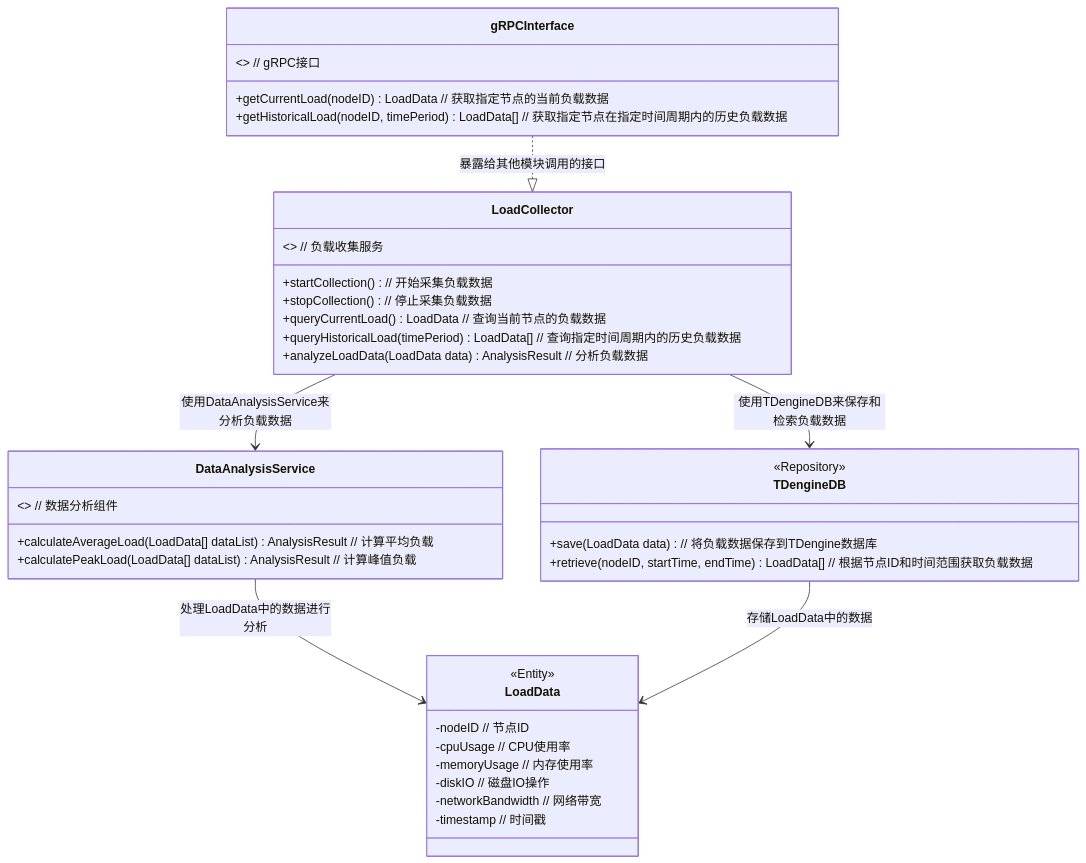
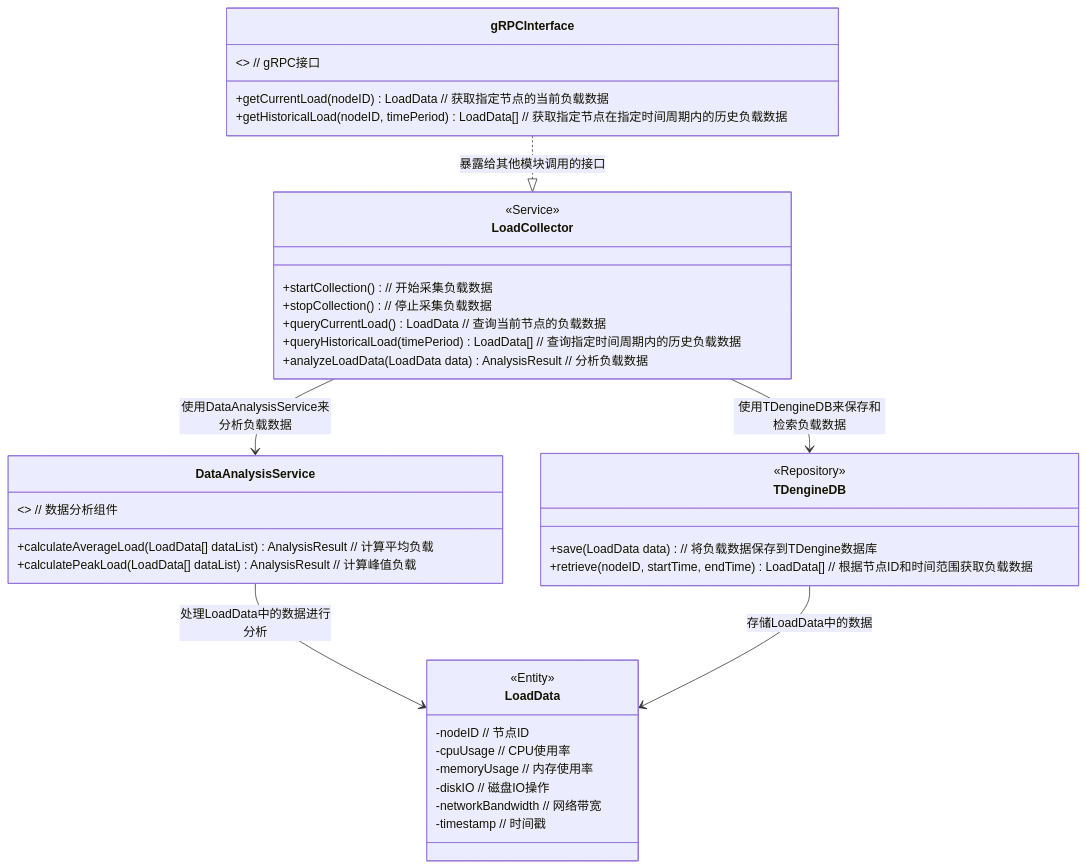
One commit to jjj960/iodraw-files changed the diagram in all/未命名.md. Above: the diagram before and after it, drawn with Mermaid.

Commit message:
2025-03-06 16:59:43 update

````diff
--- a/all/未命名.md
+++ b/all/未命名.md
@@ -1,46 +1,46 @@
 ```mermaid
 classDiagram
     class LoadCollector {
-        <<Service>>  // 负载收集服务
+        <<Service>>  
         +startCollection()  // 开始采集负载数据
         +stopCollection()  // 停止采集负载数据
         +queryCurrentLoad() LoadData  // 查询当前节点的负载数据
         +queryHistoricalLoad(timePeriod) LoadData[]  // 查询指定时间周期内的历史负载数据
         +analyzeLoadData(LoadData data) AnalysisResult  // 分析负载数据
     }
 
     class LoadData {
         <<Entity>> 
         -nodeID  // 节点ID
         -cpuUsage  // CPU使用率
         -memoryUsage  // 内存使用率
         -diskIO  // 磁盘IO操作
         -networkBandwidth  // 网络带宽
         -timestamp  // 时间戳
     }
 
     class TDengineDB {
         <<Repository>>
         +save(LoadData data)  // 将负载数据保存到TDengine数据库
         +retrieve(nodeID, startTime, endTime) LoadData[]  // 根据节点ID和时间范围获取负载数据
     }
 
     class DataAnalysisService {
         <<Component>>  // 数据分析组件
         +calculateAverageLoad(LoadData[] dataList) AnalysisResult  // 计算平均负载
         +calculatePeakLoad(LoadData[] dataList) AnalysisResult  // 计算峰值负载
     }
 
     LoadCollector --> TDengineDB : 使用TDengineDB来保存和检索负载数据
     LoadCollector --> DataAnalysisService : 使用DataAnalysisService来分析负载数据
     DataAnalysisService --> LoadData : 处理LoadData中的数据进行分析
     TDengineDB --> LoadData : 存储LoadData中的数据
 
     class gRPCInterface {
         <<Interface>>  // gRPC接口
         +getCurrentLoad(nodeID) LoadData  // 获取指定节点的当前负载数据
         +getHistoricalLoad(nodeID, timePeriod) LoadData[]  // 获取指定节点在指定时间周期内的历史负载数据
     }
 
     gRPCInterface ..|> LoadCollector : 暴露给其他模块调用的接口
 ```
````
